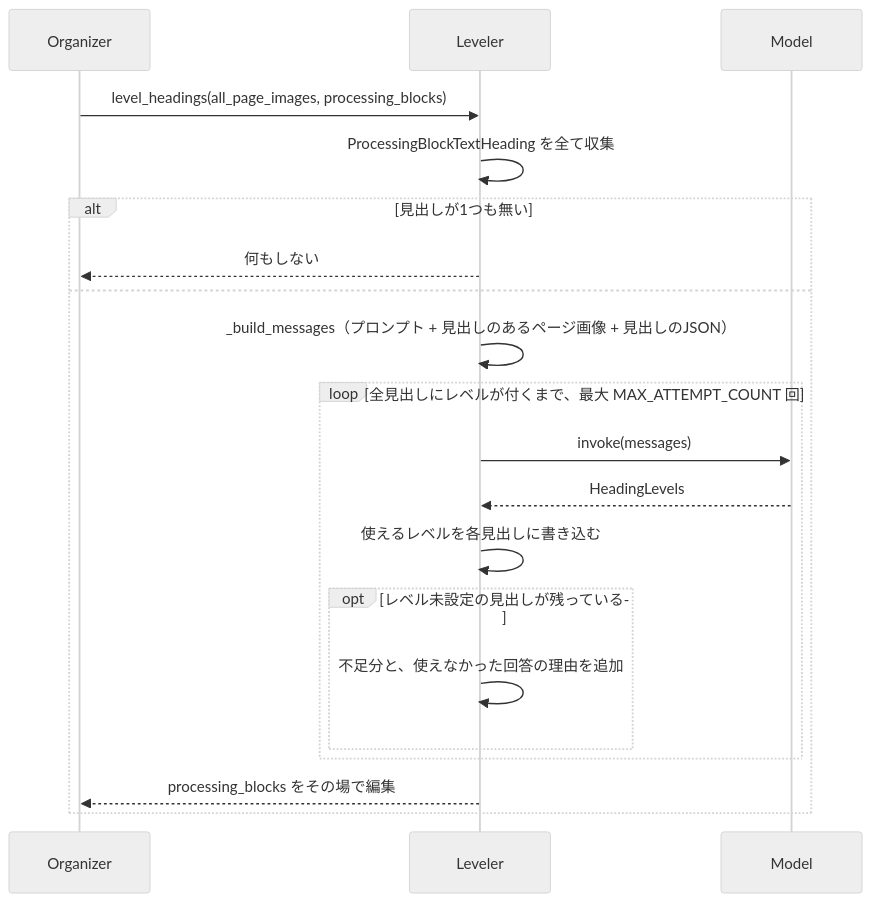
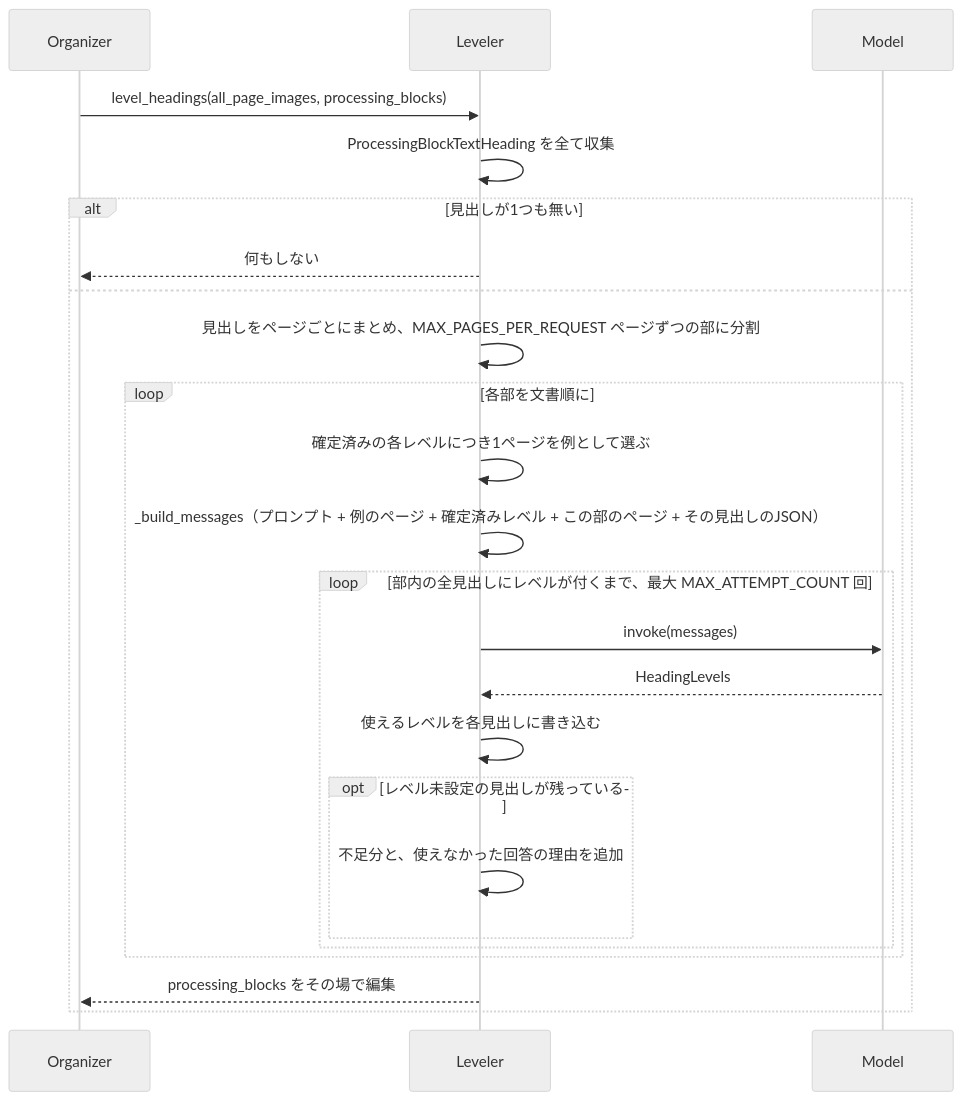
Before and after one commit to konbraphat51/SuperSuat: the third of 3 diagrams in Uploader/OcrModule/Blocked/Docs/StructureOrganizer.ja.md, drawn with Mermaid (neutral theme). The commit also changed other lines of this file and 3 other files, not shown here.

````diff
--- a/Uploader/OcrModule/Blocked/Docs/StructureOrganizer.ja.md
+++ b/Uploader/OcrModule/Blocked/Docs/StructureOrganizer.ja.md
@@ -207,22 +207,26 @@
 ```mermaid
 sequenceDiagram
     participant Organizer
     participant Leveler
     participant Model
     Organizer->>Leveler: level_headings(all_page_images, processing_blocks)
     Leveler->>Leveler: ProcessingBlockTextHeading を全て収集
     alt 見出しが1つも無い
         Leveler-->>Organizer: 何もしない
     else
-        Leveler->>Leveler: _build_messages（プロンプト + 見出しのあるページ画像 + 見出しのJSON）
-        loop 全見出しにレベルが付くまで、最大 MAX_ATTEMPT_COUNT 回
-            Leveler->>Model: invoke(messages)
-            Model-->>Leveler: HeadingLevels
-            Leveler->>Leveler: 使えるレベルを各見出しに書き込む
-            opt レベル未設定の見出しが残っている
-                Leveler->>Leveler: 不足分と、使えなかった回答の理由を追加
+        Leveler->>Leveler: 見出しをページごとにまとめ、MAX_PAGES_PER_REQUEST ページずつの部に分割
+        loop 各部を文書順に
+            Leveler->>Leveler: 確定済みの各レベルにつき1ページを例として選ぶ
+            Leveler->>Leveler: _build_messages（プロンプト + 例のページ + 確定済みレベル + この部のページ + その見出しのJSON）
+            loop 部内の全見出しにレベルが付くまで、最大 MAX_ATTEMPT_COUNT 回
+                Leveler->>Model: invoke(messages)
+                Model-->>Leveler: HeadingLevels
+                Leveler->>Leveler: 使えるレベルを各見出しに書き込む
+                opt レベル未設定の見出しが残っている
+                    Leveler->>Leveler: 不足分と、使えなかった回答の理由を追加
+                end
             end
         end
         Leveler-->>Organizer: processing_blocks をその場で編集
     end
 ```
````
